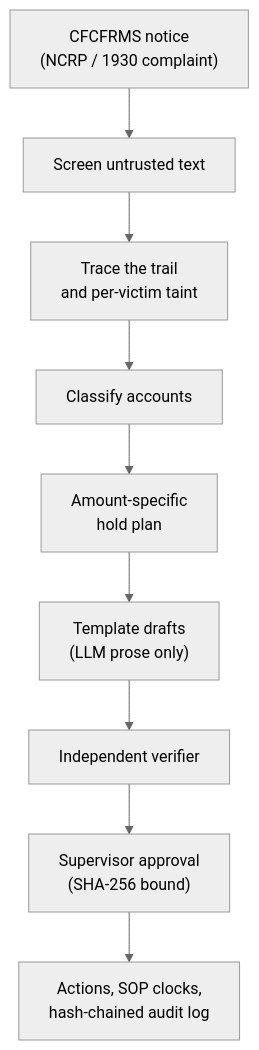
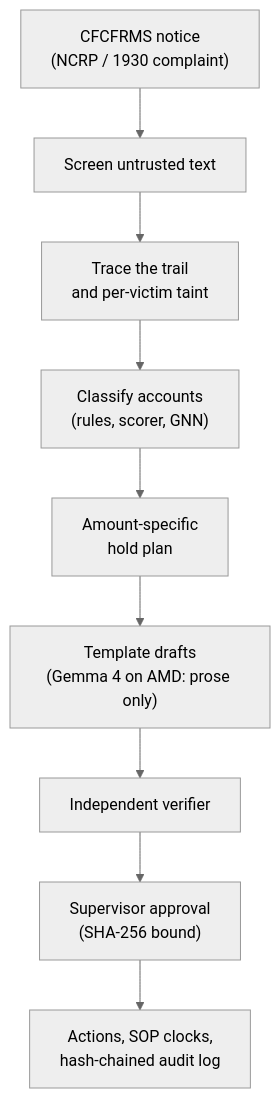
Before and after one commit to GODOSTROYER/wapsi: the diagram in README.md, drawn with Mermaid (neutral theme). The commit also changed other lines of this file and 33 other files, not shown here.

````diff
--- a/README.md
+++ b/README.md
@@ -158,11 +256,11 @@
 ```mermaid
 flowchart TB
     A["CFCFRMS notice<br/>(NCRP / 1930 complaint)"] --> B["Screen untrusted text"]
     B --> C["Trace the trail<br/>and per-victim taint"]
-    C --> D["Classify accounts"]
+    C --> D["Classify accounts<br/>(rules, scorer, GNN)"]
     D --> E["Amount-specific<br/>hold plan"]
-    E --> F["Template drafts<br/>(LLM prose only)"]
+    E --> F["Template drafts<br/>(Gemma 4 on AMD: prose only)"]
     F --> G["Independent verifier"]
     G --> H["Supervisor approval<br/>(SHA-256 bound)"]
     H --> I["Actions, SOP clocks,<br/>hash-chained audit log"]
 ```
````
